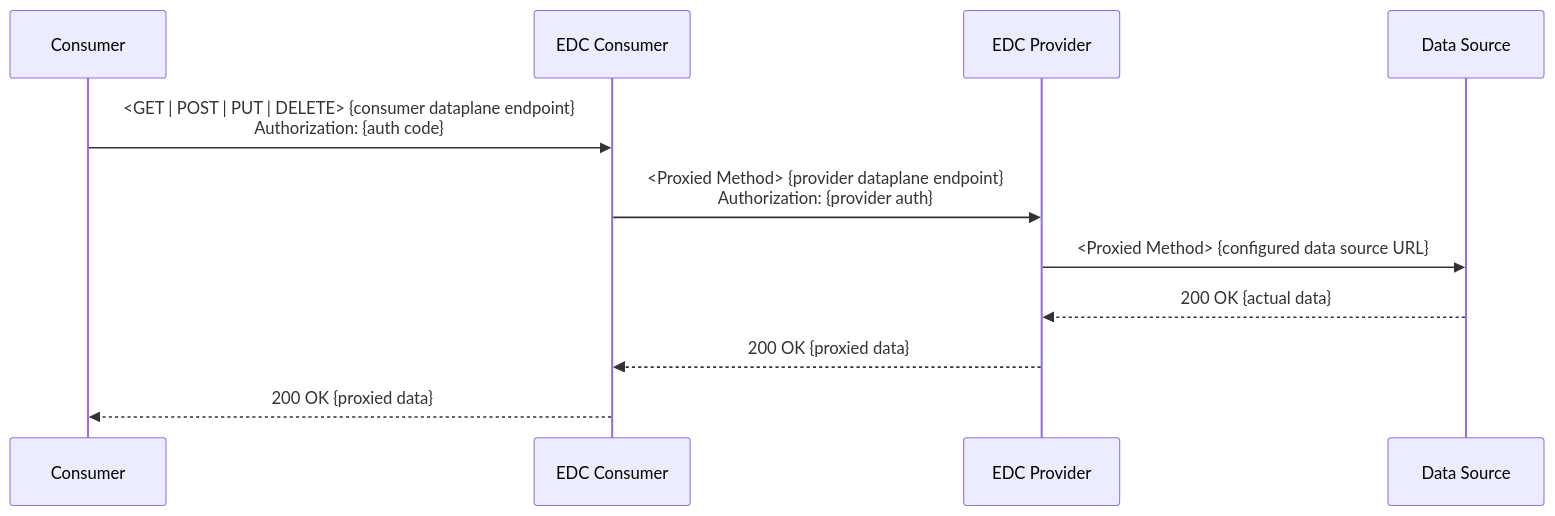
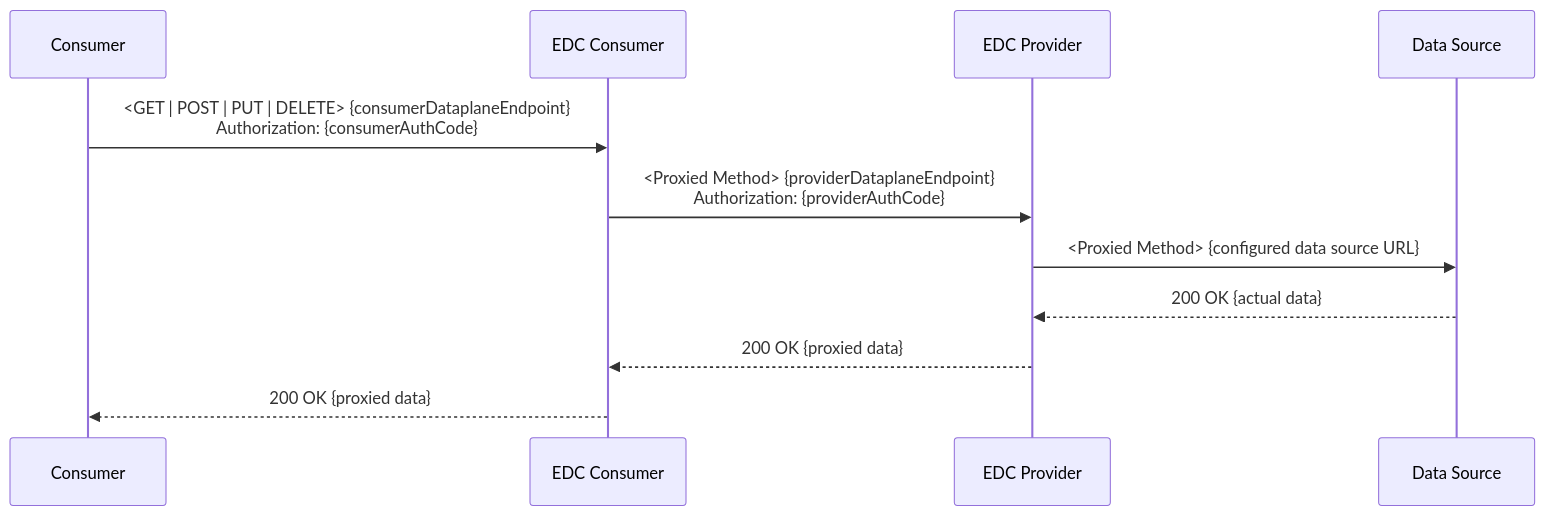
The eighth of 8 diagrams in scripts/README.md (borrmann-dev/construct-x-edge-k8s), drawn with Mermaid before and after one commit. The commit also changed other lines of this file, not shown here.

Commit message:
corrected

````diff
--- a/scripts/README.md
+++ b/scripts/README.md
@@ -144,14 +144,14 @@
 ```mermaid
 sequenceDiagram
     participant Consumer
     participant EDC_Consumer as EDC Consumer
     participant EDC_Provider as EDC Provider
     participant DataSource as Data Source
 
-    Consumer->>EDC_Consumer: <GET | POST | PUT | DELETE> {consumer dataplane endpoint}<br/>Authorization: {auth code}
-    EDC_Consumer->>EDC_Provider: <Proxied Method> {provider dataplane endpoint}<br/>Authorization: {provider auth}
+    Consumer->>EDC_Consumer: <GET | POST | PUT | DELETE> {consumerDataplaneEndpoint}<br/>Authorization: {consumerAuthCode}
+    EDC_Consumer->>EDC_Provider: <Proxied Method> {providerDataplaneEndpoint}<br/>Authorization: {providerAuthCode}
     EDC_Provider->>DataSource: <Proxied Method> {configured data source URL}
     DataSource-->>EDC_Provider: 200 OK {actual data}
     EDC_Provider-->>EDC_Consumer: 200 OK {proxied data}
     EDC_Consumer-->>Consumer: 200 OK {proxied data}
 ```
````
